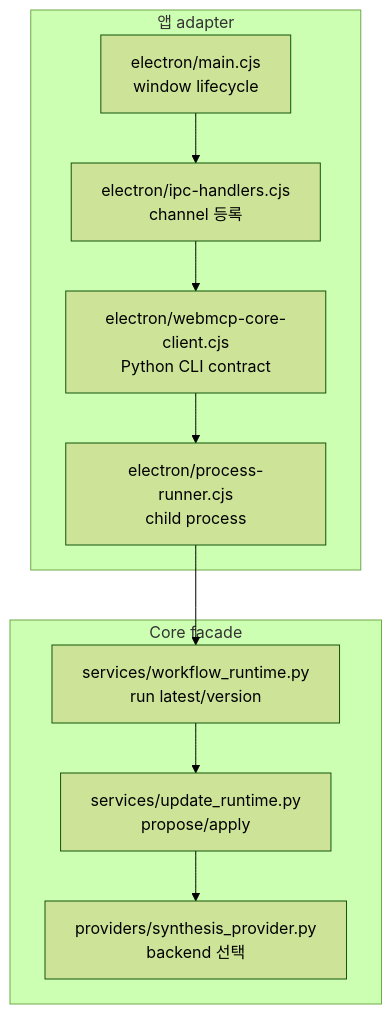
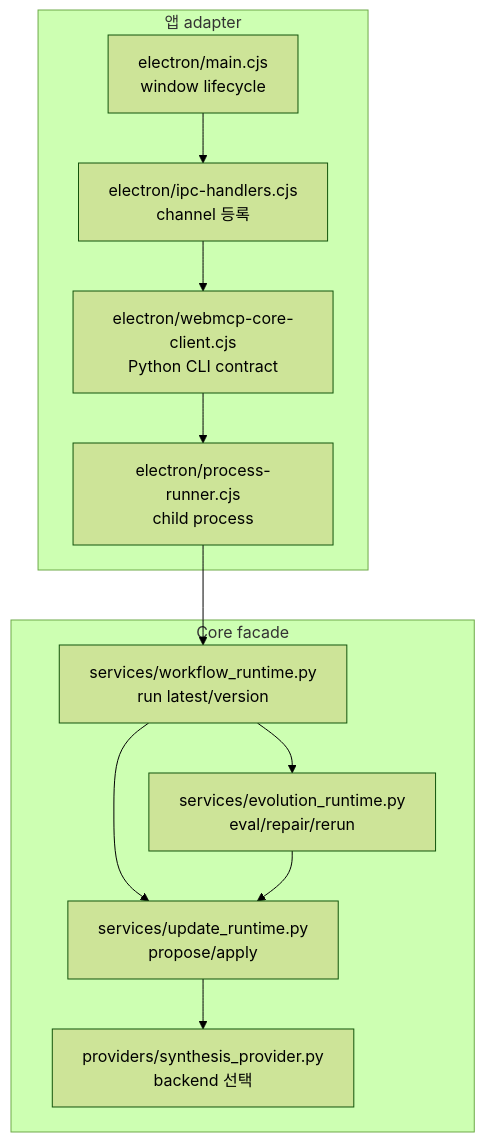
One commit to minguk-jang/spica_at_home changed the third of 7 diagrams in webmcp/docs/ARCHITECTURE.md. Above: the diagram before and after it, drawn with Mermaid (forest theme). The commit also changed other lines of this file and 81 other files, not shown here.

````diff
--- a/webmcp/docs/ARCHITECTURE.md
+++ b/webmcp/docs/ARCHITECTURE.md
@@ -78,22 +78,25 @@
 ```mermaid
 flowchart TB
   subgraph AppAdapter["앱 adapter"]
     Main["electron/main.cjs<br/>window lifecycle"]
     Ipc["electron/ipc-handlers.cjs<br/>channel 등록"]
     Client["electron/webmcp-core-client.cjs<br/>Python CLI contract"]
     Runner["electron/process-runner.cjs<br/>child process"]
   end
 
   subgraph CoreFacade["Core facade"]
     Runtime["services/workflow_runtime.py<br/>run latest/version"]
     Update["services/update_runtime.py<br/>propose/apply"]
+    Evolution["services/evolution_runtime.py<br/>eval/repair/rerun"]
     Provider["providers/synthesis_provider.py<br/>backend 선택"]
   end
 
   Main --> Ipc
   Ipc --> Client
   Client --> Runner
   Runner --> Runtime
   Runtime --> Update
+  Runtime --> Evolution
+  Evolution --> Update
   Update --> Provider
 ```
````
